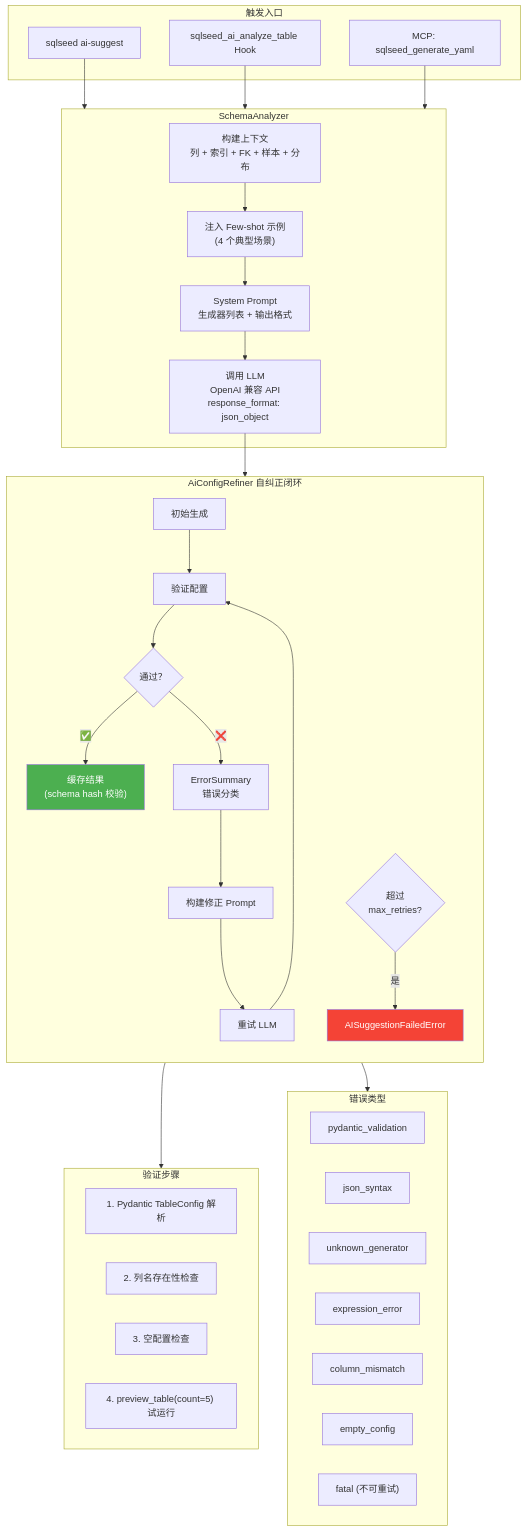
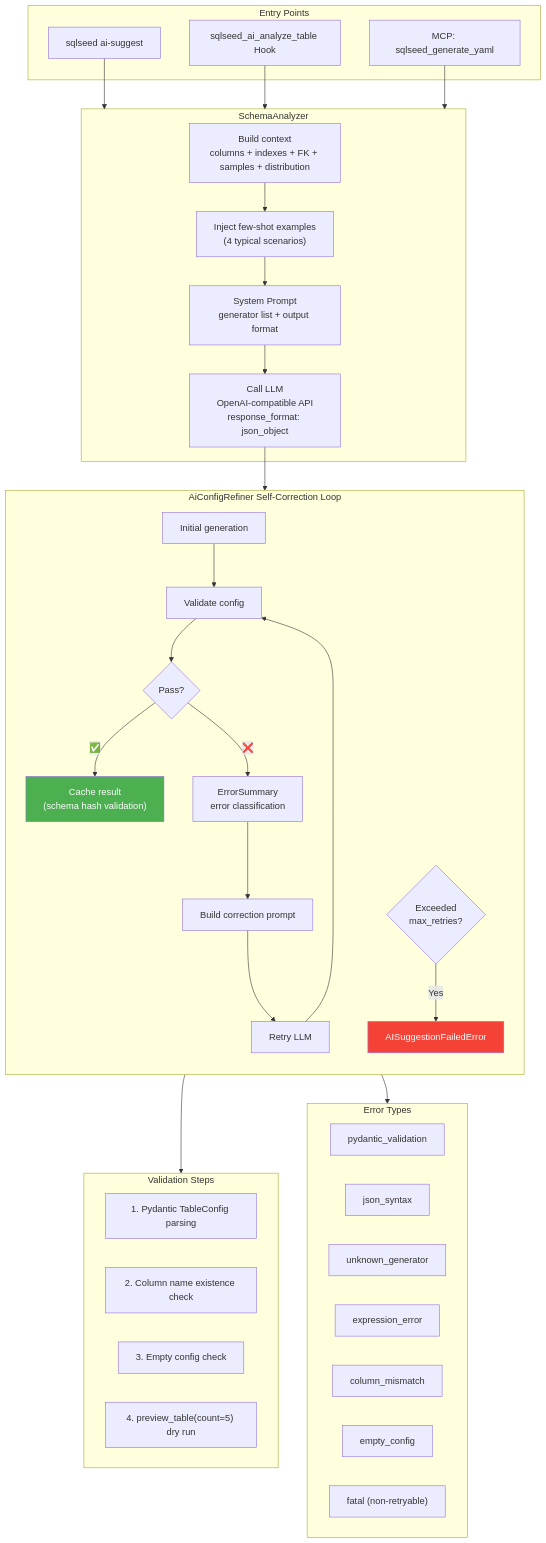
The seventh of 10 diagrams in docs/architecture.md (sunbos/sqlseed), drawn with Mermaid before and after one commit. The commit also changed other lines of this file and 23 other files, not shown here.

````diff
--- a/docs/architecture.md
+++ b/docs/architecture.md
@@ -417,64 +422,64 @@
 ```mermaid
 flowchart TB
-    subgraph CLI_Trigger["触发入口"]
+    subgraph CLI_Trigger["Entry Points"]
         CLICmd["sqlseed ai-suggest"]
         HookCall["sqlseed_ai_analyze_table Hook"]
         MCPTool["MCP: sqlseed_generate_yaml"]
     end
 
     subgraph Analyzer["SchemaAnalyzer"]
-        Context["构建上下文<br/>列 + 索引 + FK + 样本 + 分布"]
-        FewShot["注入 Few-shot 示例<br/>(4 个典型场景)"]
-        SysPrompt["System Prompt<br/>生成器列表 + 输出格式"]
-        LLM["调用 LLM<br/>OpenAI 兼容 API<br/>response_format: json_object"]
+        Context["Build context<br/>columns + indexes + FK + samples + distribution"]
+        FewShot["Inject few-shot examples<br/>(4 typical scenarios)"]
+        SysPrompt["System Prompt<br/>generator list + output format"]
+        LLM["Call LLM<br/>OpenAI-compatible API<br/>response_format: json_object"]
     end
 
-    subgraph Refiner["AiConfigRefiner 自纠正闭环"]
+    subgraph Refiner["AiConfigRefiner Self-Correction Loop"]
         direction TB
-        Init["初始生成"]
-        Validate["验证配置"]
-        VCheck{"通过？"}
-        Cache["缓存结果<br/>(schema hash 校验)"]
-        ErrorSum["ErrorSummary<br/>错误分类"]
-        FixPrompt["构建修正 Prompt"]
-        Retry["重试 LLM"]
-        MaxCheck{"超过<br/>max_retries?"}
+        Init["Initial generation"]
+        Validate["Validate config"]
+        VCheck{"Pass?"}
+        Cache["Cache result<br/>(schema hash validation)"]
+        ErrorSum["ErrorSummary<br/>error classification"]
+        FixPrompt["Build correction prompt"]
+        Retry["Retry LLM"]
+        MaxCheck{"Exceeded<br/>max_retries?"}
         FailErr["AISuggestionFailedError"]
 
         Init --> Validate --> VCheck
         VCheck -->|✅| Cache
         VCheck -->|❌| ErrorSum --> FixPrompt --> Retry
         Retry --> Validate
-        MaxCheck -->|是| FailErr
+        MaxCheck -->|Yes| FailErr
     end
 
-    subgraph Validation["验证步骤"]
-        V1["1. Pydantic TableConfig 解析"]
-        V2["2. 列名存在性检查"]
-        V3["3. 空配置检查"]
-        V4["4. preview_table(count=5) 试运行"]
+    subgraph Validation["Validation Steps"]
+        V1["1. Pydantic TableConfig parsing"]
+        V2["2. Column name existence check"]
+        V3["3. Empty config check"]
+        V4["4. preview_table(count=5) dry run"]
     end
 
-    subgraph ErrorTypes["错误类型"]
+    subgraph ErrorTypes["Error Types"]
         E1["pydantic_validation"]
         E2["json_syntax"]
         E3["unknown_generator"]
         E4["expression_error"]
         E5["column_mismatch"]
         E6["empty_config"]
-        E7["fatal (不可重试)"]
+        E7["fatal (non-retryable)"]
     end
 
     CLICmd --> Analyzer
     HookCall --> Analyzer
     MCPTool --> Analyzer
 
     Context --> FewShot --> SysPrompt --> LLM
     LLM --> Refiner
 
     Validate --> Validation
     ErrorSum --> ErrorTypes
 
     style Cache fill:#4CAF50,color:#fff
     style FailErr fill:#F44336,color:#fff
 ```
````
